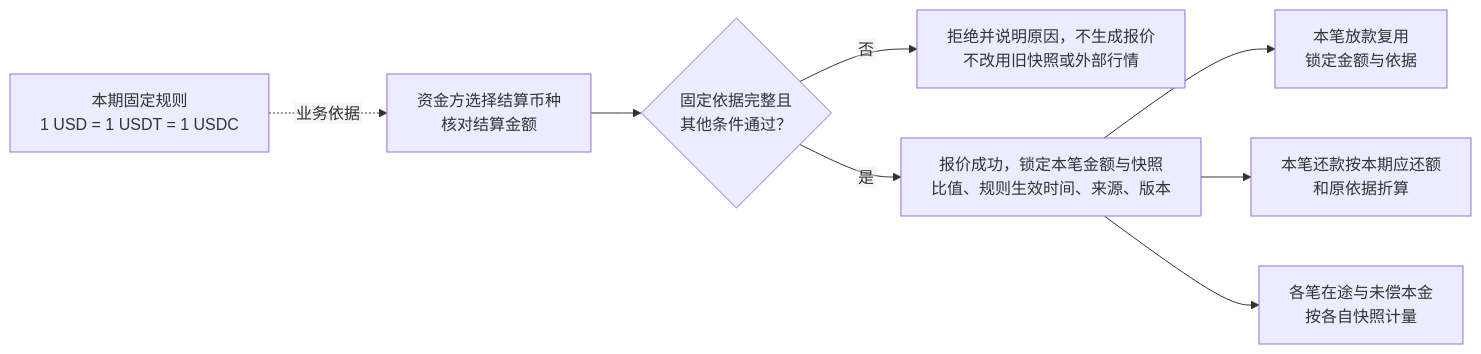
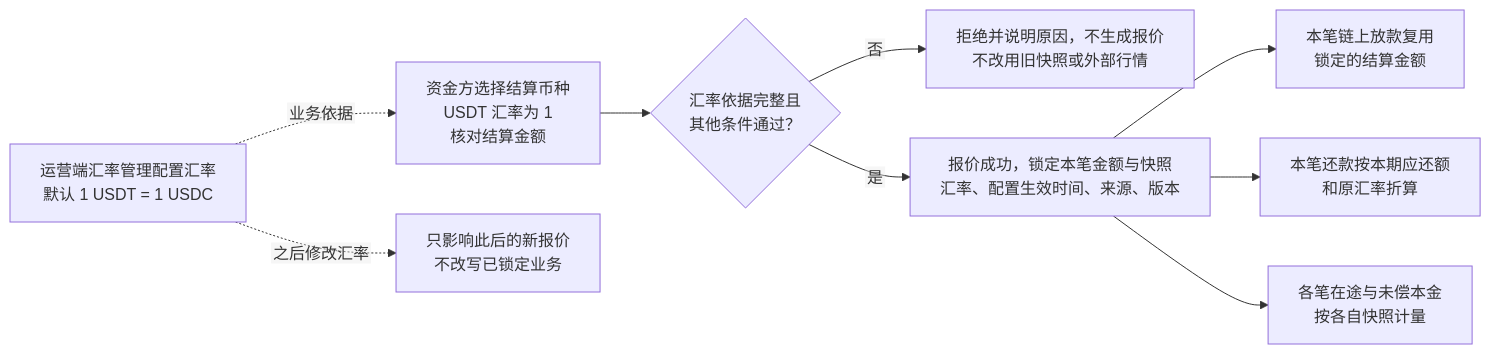
The fourth of 10 diagrams in lending-platform/PRD/面客端/06-借贷广场-授信报价与接受拒绝/02-授信报价与接受拒绝-流程图与状态机.md (wxblockchain/Chain-Financing), drawn with Mermaid before and after one commit. The commit also changed other lines of this file and 5 other files, not shown here.

````diff
--- a/lending-platform/PRD/面客端/06-借贷广场-授信报价与接受拒绝/02-授信报价与接受拒绝-流程图与状态机.md
+++ b/lending-platform/PRD/面客端/06-借贷广场-授信报价与接受拒绝/02-授信报价与接受拒绝-流程图与状态机.md
@@ -98,11 +123,12 @@
 ```mermaid
 %%{init: {"flowchart": {"htmlLabels": false, "wrappingWidth": 400}}}%%
 flowchart LR
-  A["本期固定规则<br/>1 USD = 1 USDT = 1 USDC"] -. "业务依据" .-> B["资金方选择结算币种<br/>核对结算金额"]
-  B --> C{"固定依据完整且<br/>其他条件通过？"}
+  A["运营端汇率管理配置汇率<br/>默认 1 USDT = 1 USDC"] -. "业务依据" .-> B["资金方选择结算币种<br/>USDT 汇率为 1<br/>核对结算金额"]
+  B --> C{"汇率依据完整且<br/>其他条件通过？"}
   C -->|"否"| D["拒绝并说明原因，不生成报价<br/>不改用旧快照或外部行情"]
-  C -->|"是"| E["报价成功，锁定本笔金额与快照<br/>比值、规则生效时间、来源、版本"]
-  E --> F["本笔放款复用<br/>锁定金额与依据"]
-  E --> G["本笔还款按本期应还额<br/>和原依据折算"]
+  C -->|"是"| E["报价成功，锁定本笔金额与快照<br/>汇率、配置生效时间、来源、版本"]
+  E --> F["本笔链上放款复用<br/>锁定的结算金额"]
+  E --> G["本笔还款按本期应还额<br/>和原汇率折算"]
   E --> H["各笔在途与未偿本金<br/>按各自快照计量"]
+  A -. "之后修改汇率" .-> I["只影响此后的新报价<br/>不改写已锁定业务"]
 ```
````
